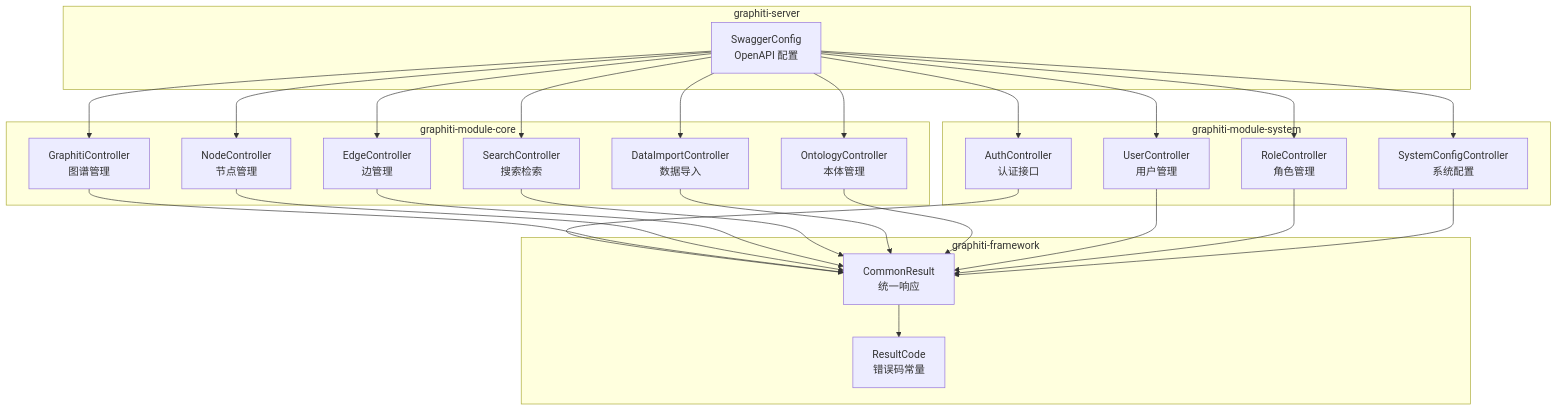
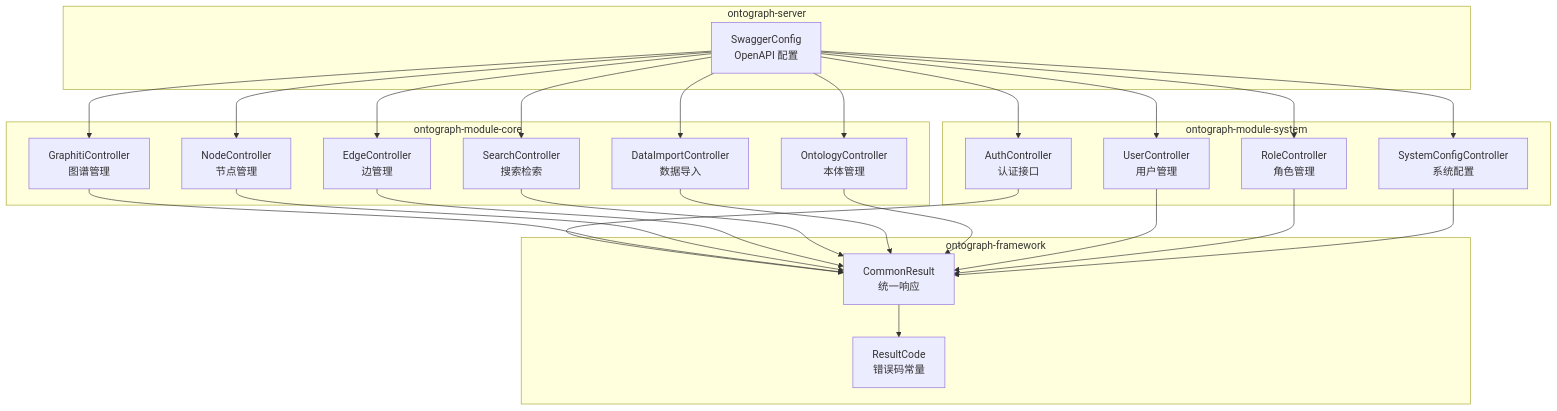
Before and after one commit to joezxh/graphiti-java: the first of 3 diagrams in docs/manual/API接口文档/API接口文档.md, drawn with Mermaid. The commit also changed other lines of this file and 200 other files, not shown here.

````diff
--- a/docs/manual/API接口文档/API接口文档.md
+++ b/docs/manual/API接口文档/API接口文档.md
@@ -43,45 +43,45 @@
 ```mermaid
 graph TB
-subgraph "graphiti-server"
+subgraph "ontograph-server"
 SWG["SwaggerConfig<br/>OpenAPI 配置"]
 end
-subgraph "graphiti-module-system"
+subgraph "ontograph-module-system"
 AC["AuthController<br/>认证接口"]
 UC["UserController<br/>用户管理"]
 RC["RoleController<br/>角色管理"]
 SCC["SystemConfigController<br/>系统配置"]
 end
-subgraph "graphiti-module-core"
+subgraph "ontograph-module-core"
 GC["GraphitiController<br/>图谱管理"]
 NC["NodeController<br/>节点管理"]
 EC["EdgeController<br/>边管理"]
 SC["SearchController<br/>搜索检索"]
 DIC["DataImportController<br/>数据导入"]
 OC["OntologyController<br/>本体管理"]
 end
-subgraph "graphiti-framework"
+subgraph "ontograph-framework"
 CR["CommonResult<br/>统一响应"]
 RCc["ResultCode<br/>错误码常量"]
 end
 SWG --> AC
 SWG --> GC
 SWG --> NC
 SWG --> EC
 SWG --> SC
 SWG --> DIC
 SWG --> OC
 SWG --> UC
 SWG --> RC
 SWG --> SCC
 AC --> CR
 GC --> CR
 NC --> CR
 EC --> CR
 SC --> CR
 DIC --> CR
 OC --> CR
 UC --> CR
 RC --> CR
 SCC --> CR
 CR --> RCc
 ```
````
